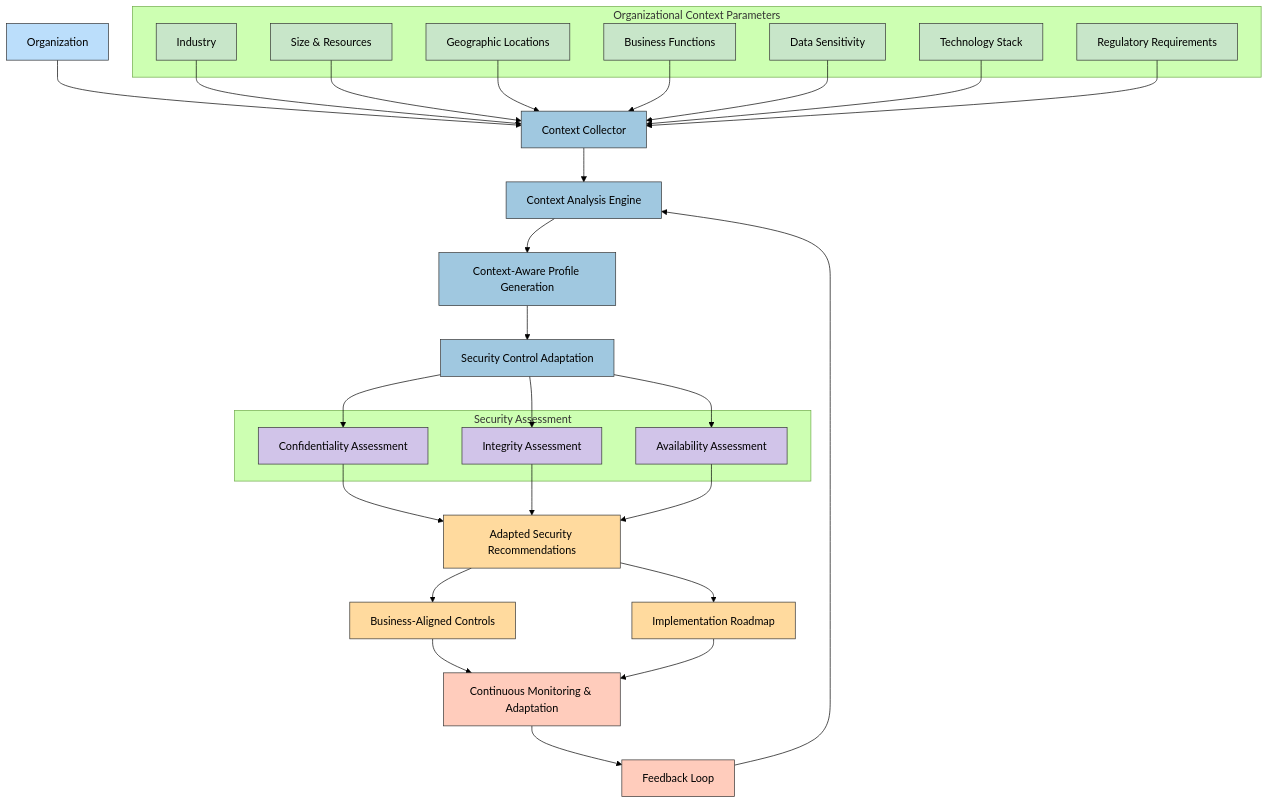
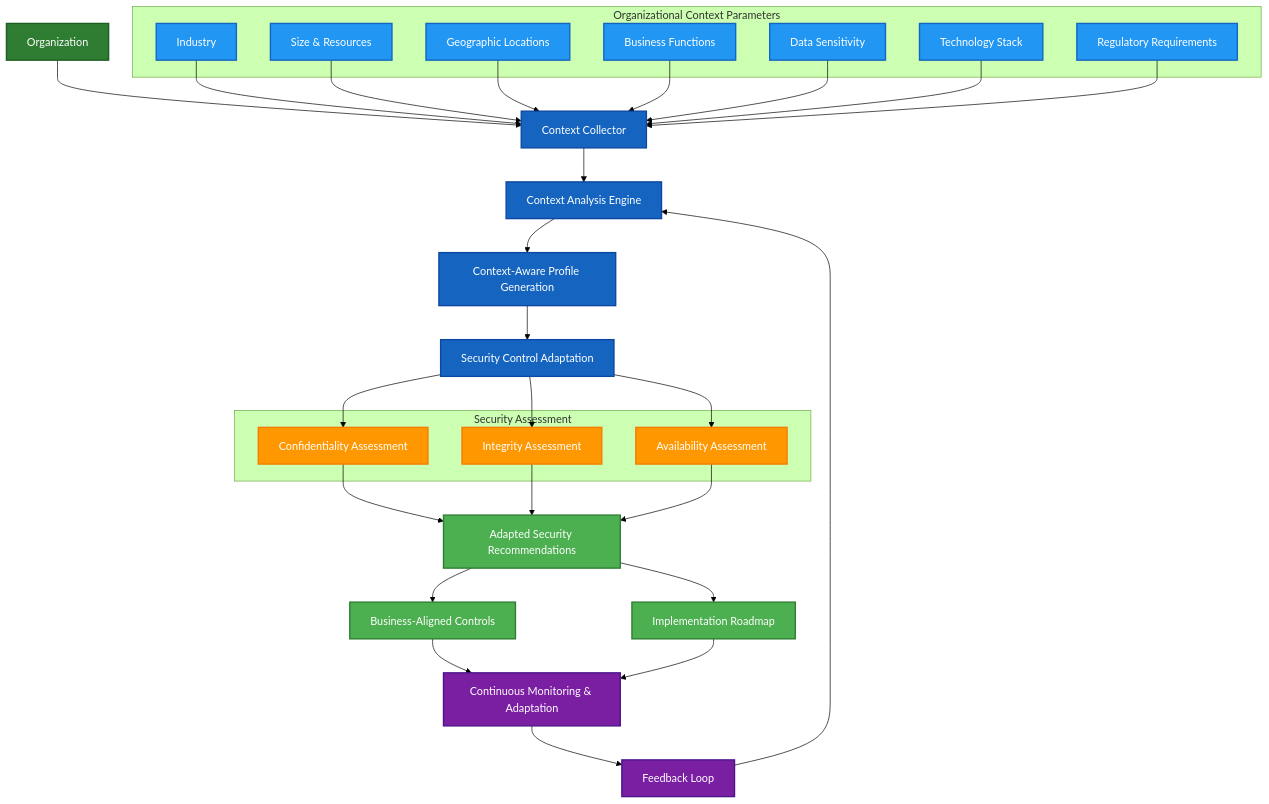
The second of 7 diagrams in docs/architecture/FUTURE_MINDMAP.md (Hack23/cia-compliance-manager), drawn with Mermaid (forest theme) before and after one commit. The commit also changed 18 other files, not shown here.

First line of the commit message:
style: update all classDef colors to ISMS style guide palette and fix quadrant charts

````diff
--- a/docs/architecture/FUTURE_MINDMAP.md
+++ b/docs/architecture/FUTURE_MINDMAP.md
@@ -132,55 +132,55 @@
 ```mermaid
 flowchart TD
     A[Organization] --> B[Context Collector]
     B --> C[Context Analysis Engine]
     
     subgraph "Organizational Context Parameters"
         D1[Industry]
         D2[Size & Resources]
         D3[Geographic Locations]
         D4[Business Functions]
         D5[Data Sensitivity]
         D6[Technology Stack]
         D7[Regulatory Requirements]
     end
     
     D1 & D2 & D3 & D4 & D5 & D6 & D7 --> B
     
     C --> E[Context-Aware Profile Generation]
     E --> F[Security Control Adaptation]
     
     subgraph "Security Assessment"
         G1[Confidentiality Assessment]
         G2[Integrity Assessment]
         G3[Availability Assessment]
     end
     
     F --> G1
     F --> G2
     F --> G3
     
     G1 & G2 & G3 --> H[Adapted Security Recommendations]
     
     H --> I[Business-Aligned Controls]
     H --> J[Implementation Roadmap]
     
     I --> K[Continuous Monitoring & Adaptation]
     J --> K
     
     K --> L[Feedback Loop]
     L --> C
 
-    classDef org fill:#bbdefb,stroke:#333,stroke-width:1px,color:black
-    classDef engine fill:#a0c8e0,stroke:#333,stroke-width:1px,color:black
-    classDef context fill:#c8e6c9,stroke:#333,stroke-width:1px,color:black
-    classDef assessment fill:#d1c4e9,stroke:#333,stroke-width:1px,color:black
-    classDef output fill:#ffda9e,stroke:#333,stroke-width:1px,color:black
-    classDef feedback fill:#ffccbc,stroke:#333,stroke-width:1px,color:black
+    classDef org fill:#2E7D32,stroke:#1B5E20,stroke-width:2px,color:#ffffff
+    classDef engine fill:#1565C0,stroke:#0D47A1,stroke-width:2px,color:#ffffff
+    classDef context fill:#2196F3,stroke:#1565C0,stroke-width:2px,color:#ffffff
+    classDef assessment fill:#FF9800,stroke:#F57C00,stroke-width:2px,color:#ffffff
+    classDef output fill:#4CAF50,stroke:#2E7D32,stroke-width:2px,color:#ffffff
+    classDef feedback fill:#7B1FA2,stroke:#4A148C,stroke-width:2px,color:#ffffff
     
     class A org
     class B,C,E,F engine
     class D1,D2,D3,D4,D5,D6,D7 context
     class G1,G2,G3 assessment
     class H,I,J output
     class K,L feedback
 ```
````
